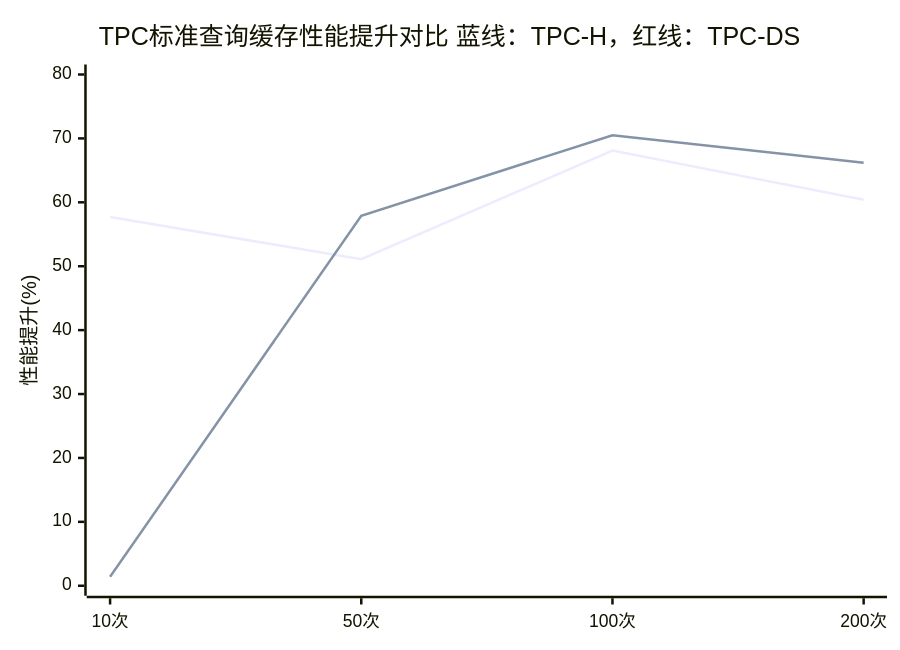
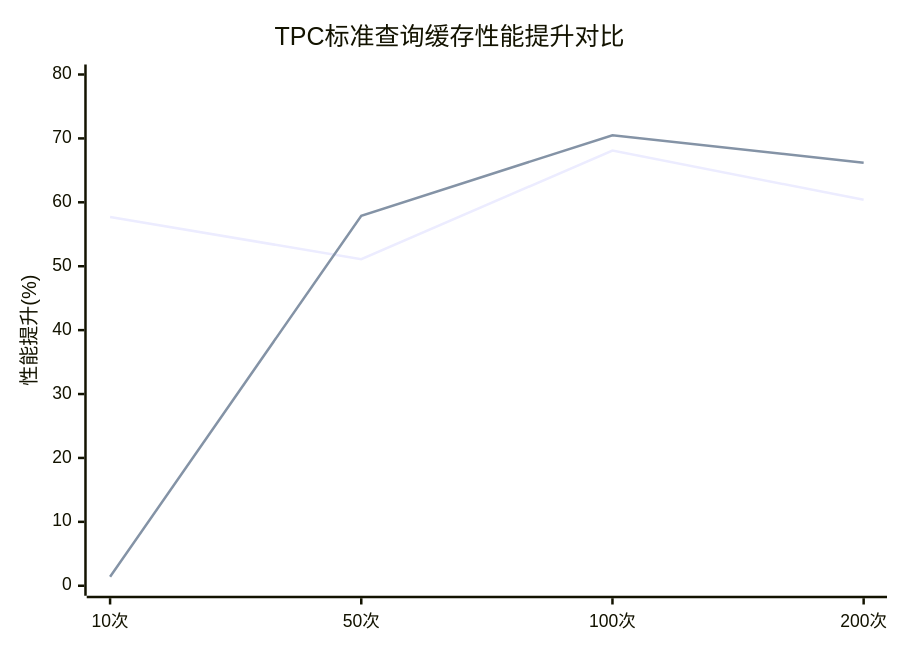
Before and after one commit to crazypenguincode/duckdb: diagram 12 of 25 in md/第五章-实验与分析.md, drawn with Mermaid. The commit also changed other lines of this file and 3 other files, not shown here.

````diff
--- a/md/第五章-实验与分析.md
+++ b/md/第五章-实验与分析.md
@@ -411,8 +411,8 @@
 ```mermaid
 xychart-beta
-    title "TPC标准查询缓存性能提升对比 蓝线：TPC-H，红线：TPC-DS"
+    title "TPC标准查询缓存性能提升对比"
     x-axis ["10次", "50次", "100次", "200次"]
     y-axis "性能提升(%)" 0 --> 80
-    line [57.7, 51.1, 68.1, 60.4]
-    line [1.4, 57.9, 70.5, 66.2]
+    line "TPC-H(实线)" [57.7, 51.1, 68.1, 60.4]
+    line "TPC-DS(虚线)" [1.4, 57.9, 70.5, 66.2]
 ```
````
